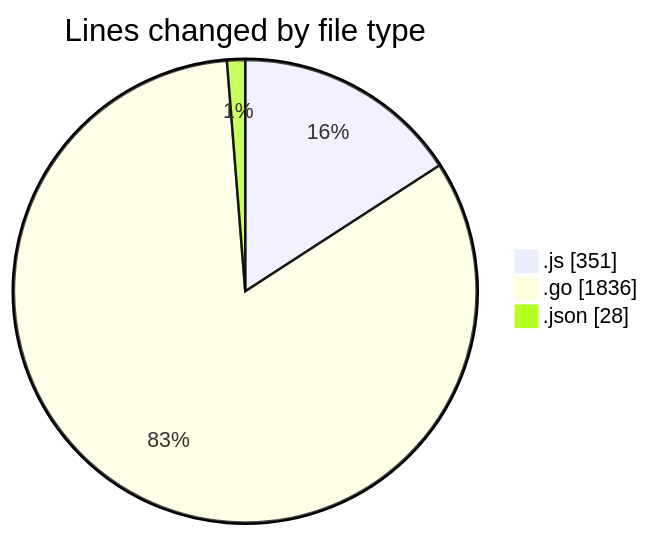
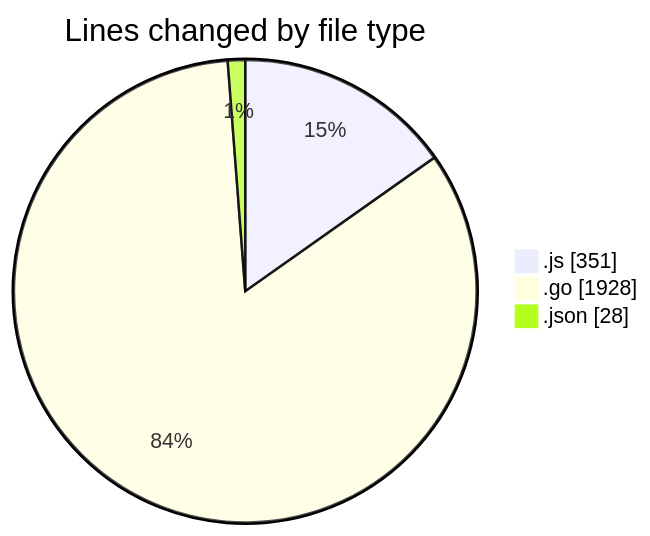
Before and after one commit to robertbonfada/code-tracking: the first of 2 diagrams in 2025-03-04/simulador-serial/README.md, drawn with Mermaid. The commit also changed other lines of this file and 1 other file, not shown here.

````diff
--- a/2025-03-04/simulador-serial/README.md
+++ b/2025-03-04/simulador-serial/README.md
@@ -27,7 +27,7 @@
 ```mermaid
 pie showData
 title Lines changed by file type
 ".js" : 351
-".go" : 1836
+".go" : 1928
 ".json" : 28
 ```
````
